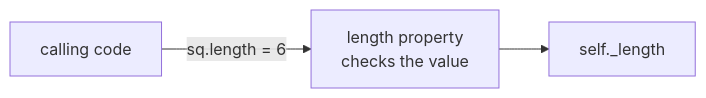
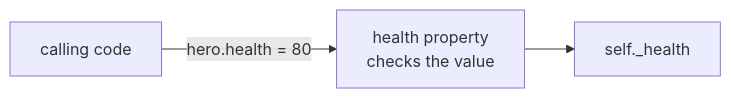
One commit to FeikoWielsma/courseWare-Python-Programming changed the diagram in src/slides/11-python-classes/11-python-classes.md. Above: the diagram before and after it, drawn with Mermaid. The commit also changed other lines of this file and 65 other files, not shown here.

````diff
--- a/src/slides/11-python-classes/11-python-classes.md
+++ b/src/slides/11-python-classes/11-python-classes.md
@@ -338,4 +341,4 @@
 ```mermaid
 flowchart LR
-  A[calling code] -->|sq.length = 6| B[length property<br/>checks the value] --> C[self._length]
+  A[calling code] -->|hero.health = 80| B[health property<br/>checks the value] --> C[self._health]
 ```
````
